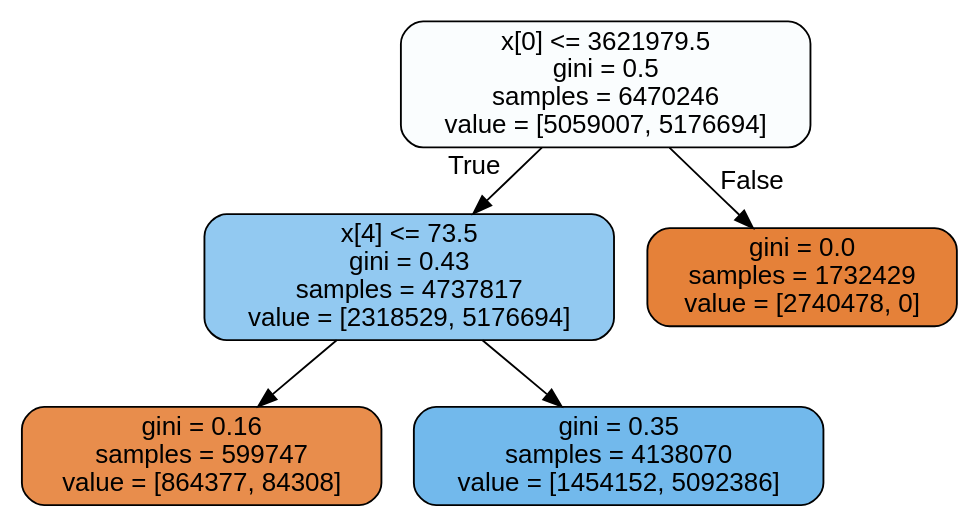
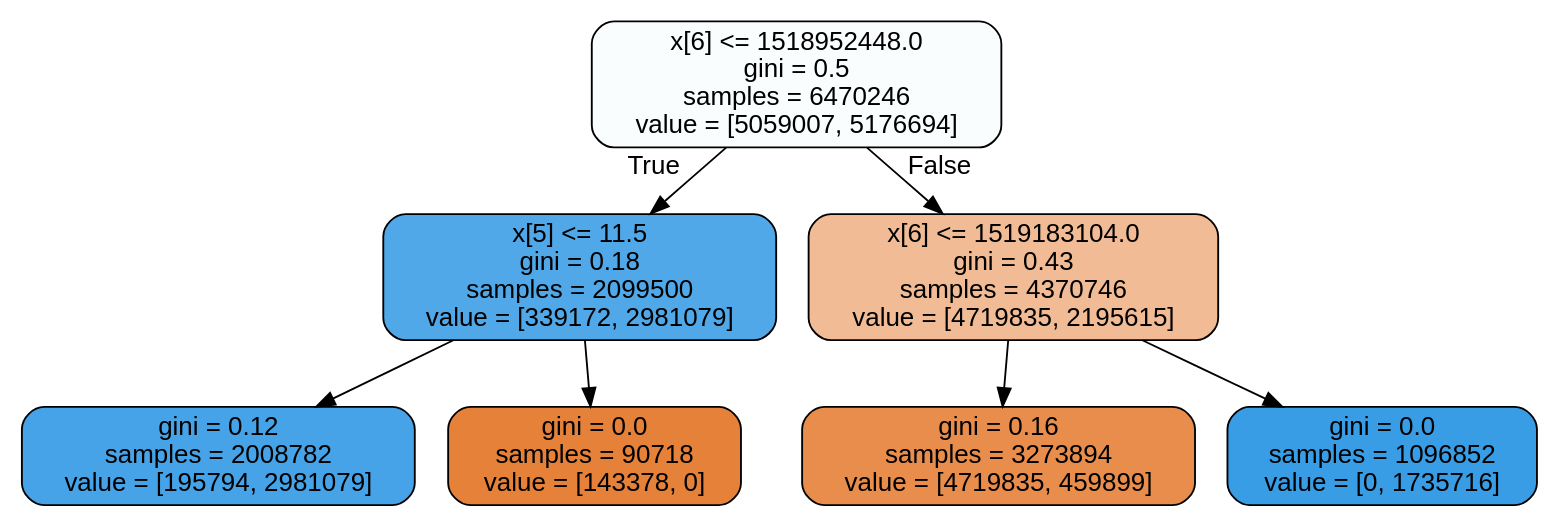
Before and after one commit to siciliaa/DDoS-ML-Identifier: the diagram in TFG_Sicilia/RandomForest/tree.dot, drawn with Graphviz. The commit also changed 7 other files, not shown here.

```diff
--- a/TFG_Sicilia/RandomForest/tree.dot
+++ b/TFG_Sicilia/RandomForest/tree.dot
@@ -1,13 +1,17 @@
 digraph Tree {
 node [shape=box, style="filled, rounded", color="black", fontname="helvetica"] ;
 edge [fontname="helvetica"] ;
-0 [label="x[0] <= 3621979.5\ngini = 0.5\nsamples = 6470246\nvalue = [5059007, 5176694]", fillcolor="#fafdfe"] ;
-1 [label="x[4] <= 73.5\ngini = 0.43\nsamples = 4737817\nvalue = [2318529, 5176694]", fillcolor="#92c9f1"] ;
+0 [label="x[6] <= 1518952448.0\ngini = 0.5\nsamples = 6470246\nvalue = [5059007, 5176694]", fillcolor="#fafdfe"] ;
+1 [label="x[5] <= 11.5\ngini = 0.18\nsamples = 2099500\nvalue = [339172, 2981079]", fillcolor="#50a8e8"] ;
 0 -> 1 [labeldistance=2.5, labelangle=45, headlabel="True"] ;
-2 [label="gini = 0.16\nsamples = 599747\nvalue = [864377, 84308]", fillcolor="#e88d4c"] ;
+2 [label="gini = 0.12\nsamples = 2008782\nvalue = [195794, 2981079]", fillcolor="#46a3e7"] ;
 1 -> 2 ;
-3 [label="gini = 0.35\nsamples = 4138070\nvalue = [1454152, 5092386]", fillcolor="#72b9ec"] ;
+3 [label="gini = 0.0\nsamples = 90718\nvalue = [143378, 0]", fillcolor="#e58139"] ;
 1 -> 3 ;
-4 [label="gini = 0.0\nsamples = 1732429\nvalue = [2740478, 0]", fillcolor="#e58139"] ;
+4 [label="x[6] <= 1519183104.0\ngini = 0.43\nsamples = 4370746\nvalue = [4719835, 2195615]", fillcolor="#f1bc95"] ;
 0 -> 4 [labeldistance=2.5, labelangle=-45, headlabel="False"] ;
+5 [label="gini = 0.16\nsamples = 3273894\nvalue = [4719835, 459899]", fillcolor="#e88d4c"] ;
+4 -> 5 ;
+6 [label="gini = 0.0\nsamples = 1096852\nvalue = [0, 1735716]", fillcolor="#399de5"] ;
+4 -> 6 ;
 }
```
